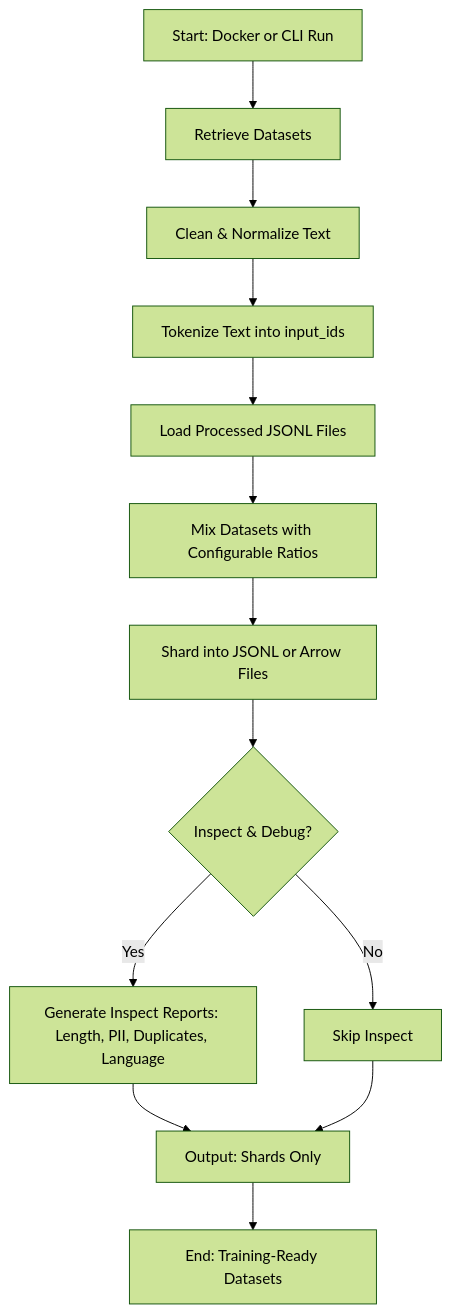
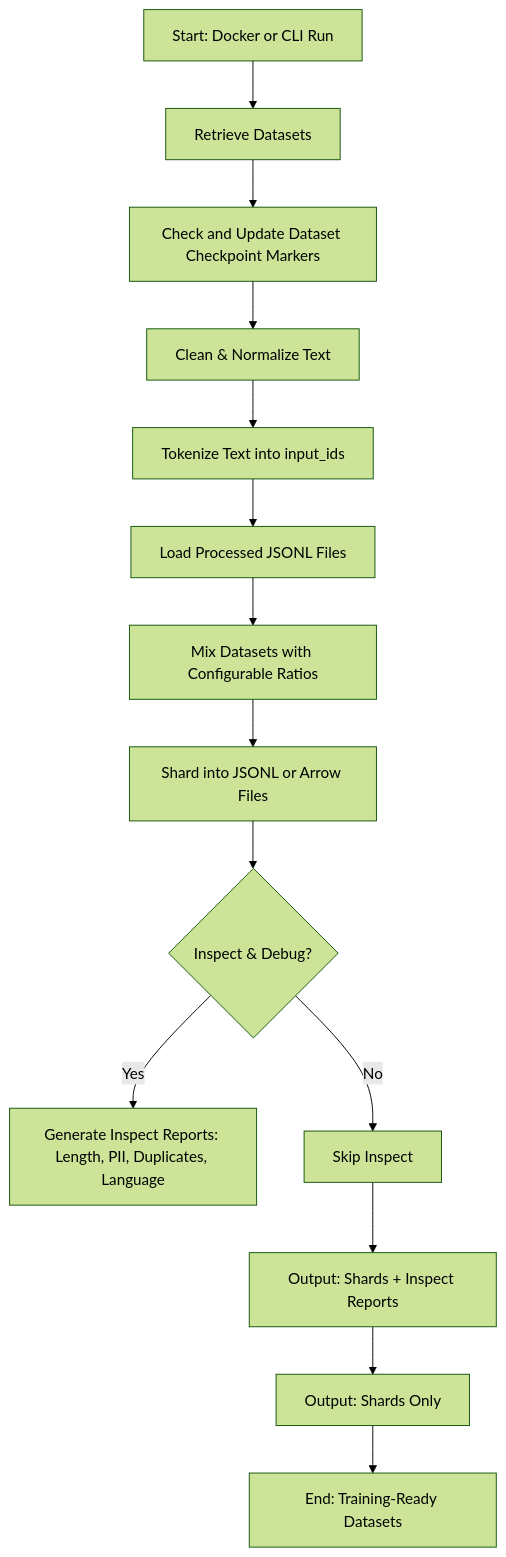
The diagram in DESIGN_REPORT.md (capslockd/LLM-training-pipeline), drawn with Mermaid (forest theme) before and after one commit. The commit also changed other lines of this file and 8 other files, not shown here.

````diff
--- a/DESIGN_REPORT.md
+++ b/DESIGN_REPORT.md
@@ -48,15 +55,16 @@
 ```mermaid
 flowchart TD
     A[Start: Docker or CLI Run] --> B[Retrieve Datasets]
-    B --> C[Clean & Normalize Text]
-    C --> D[Tokenize Text into input_ids]
-    D --> E[Load Processed JSONL Files]
-    E --> F[Mix Datasets with Configurable Ratios]
-    F --> G[Shard into JSONL or Arrow Files]
-    G --> H{Inspect & Debug?}
-    H -- Yes --> I[Generate Inspect Reports: Length, PII, Duplicates, Language]
-    H -- No --> J[Skip Inspect]
-    I --> K[Output: Shards + Inspect Reports]
-    J --> K[Output: Shards Only]
-    K --> L[End: Training-Ready Datasets]
+    B --> C[Check and Update Dataset Checkpoint Markers]
+    C --> D[Clean & Normalize Text]
+    D --> E[Tokenize Text into input_ids]
+    E --> F[Load Processed JSONL Files]
+    F --> G[Mix Datasets with Configurable Ratios]
+    G --> H[Shard into JSONL or Arrow Files]
+    H --> I{Inspect & Debug?}
+    I -- Yes --> J[Generate Inspect Reports: Length, PII, Duplicates, Language]
+    I -- No --> K[Skip Inspect]
+    K --> L[Output: Shards + Inspect Reports]
+    L --> M[Output: Shards Only]
+    M --> O[End: Training-Ready Datasets]
 ```
````
